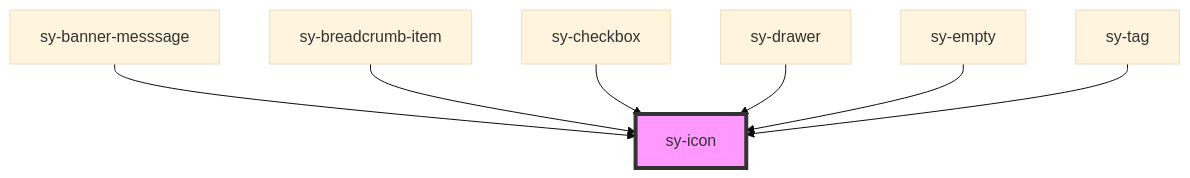
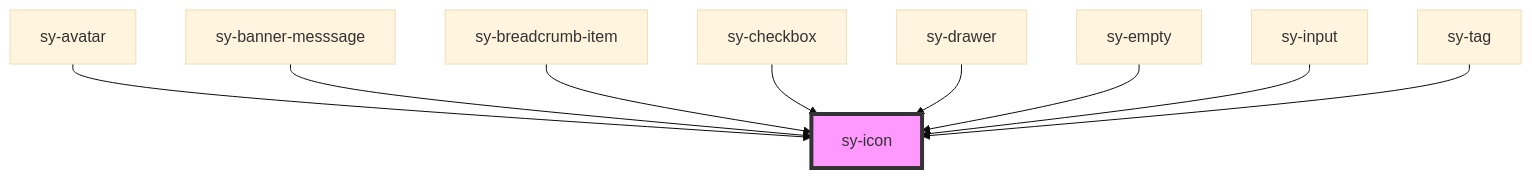
One commit to ksrae/saida-design-system-components changed the diagram in design-system-light/src/components/icon/readme.md. Above: the diagram before and after it, drawn with Mermaid (base theme). The commit also changed other lines of this file and 14 other files, not shown here.

Commit message:
tooltip, icon bug fix. popover add sticky prop. add input.

````diff
--- a/design-system-light/src/components/icon/readme.md
+++ b/design-system-light/src/components/icon/readme.md
@@ -36,10 +38,12 @@
 ```mermaid
 graph TD;
+  sy-avatar --> sy-icon
   sy-banner-messsage --> sy-icon
   sy-breadcrumb-item --> sy-icon
   sy-checkbox --> sy-icon
   sy-drawer --> sy-icon
   sy-empty --> sy-icon
+  sy-input --> sy-icon
   sy-tag --> sy-icon
   style sy-icon fill:#f9f,stroke:#333,stroke-width:4px
 ```
````
